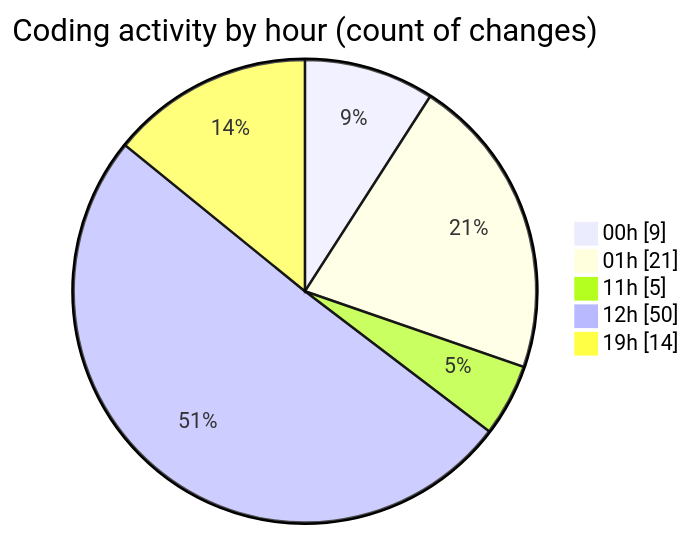
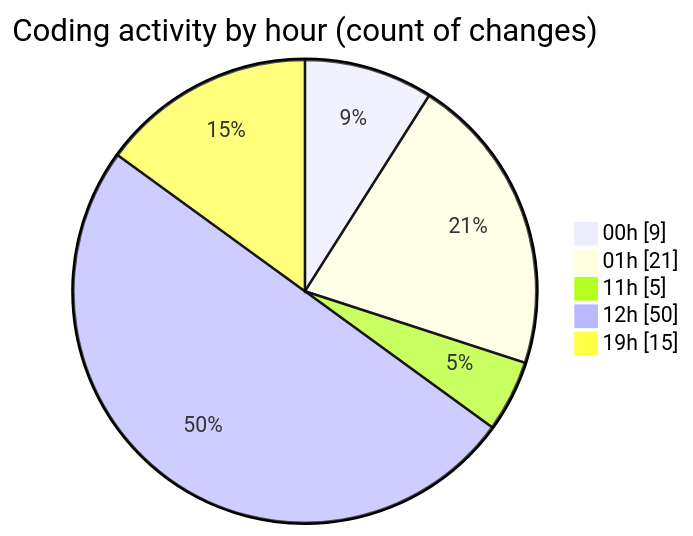
The second of 2 diagrams in 2025-10-25/javacript/README.md (nxtqubesakshisongat/code-tracking), drawn with Mermaid before and after one commit. The commit also changed other lines of this file and 1 other file, not shown here.

````diff
--- a/2025-10-25/javacript/README.md
+++ b/2025-10-25/javacript/README.md
@@ -32,9 +32,9 @@
 ```mermaid
 pie showData
 title Coding activity by hour (count of changes)
 "00h" : 9
 "01h" : 21
 "11h" : 5
 "12h" : 50
-"19h" : 14
+"19h" : 15
 ```
````
